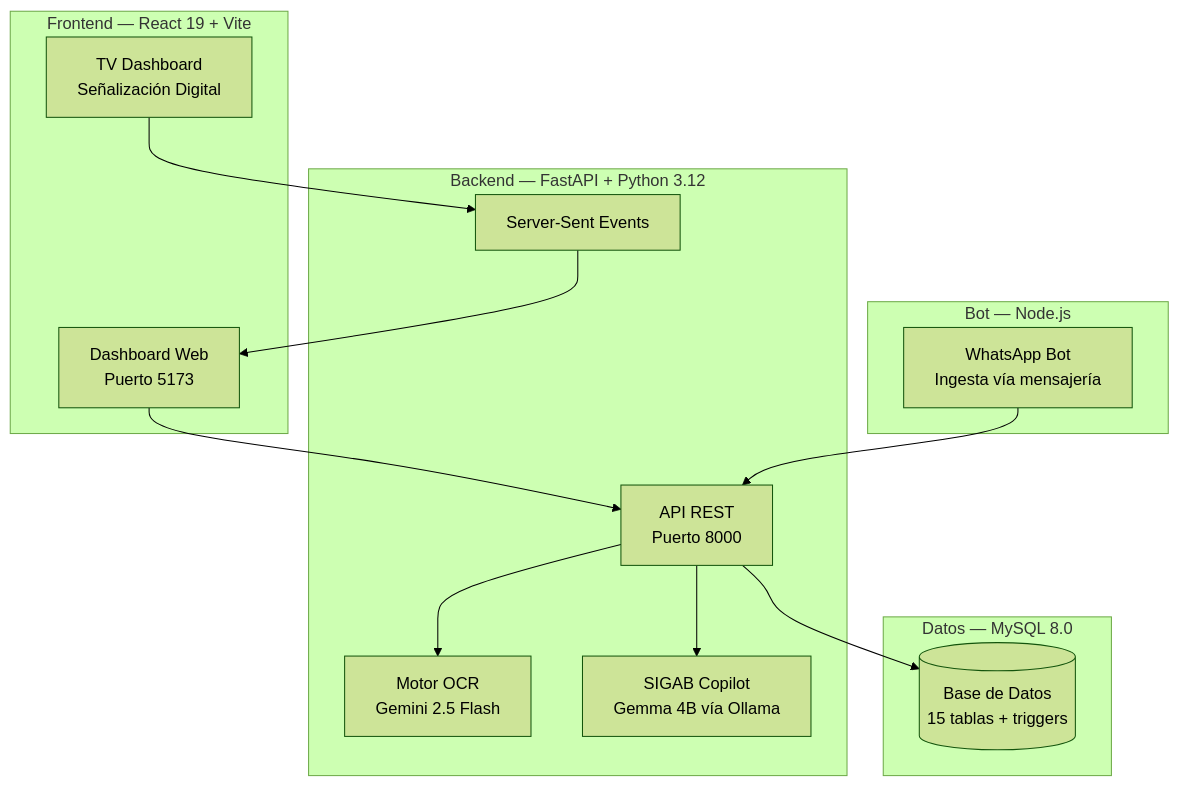
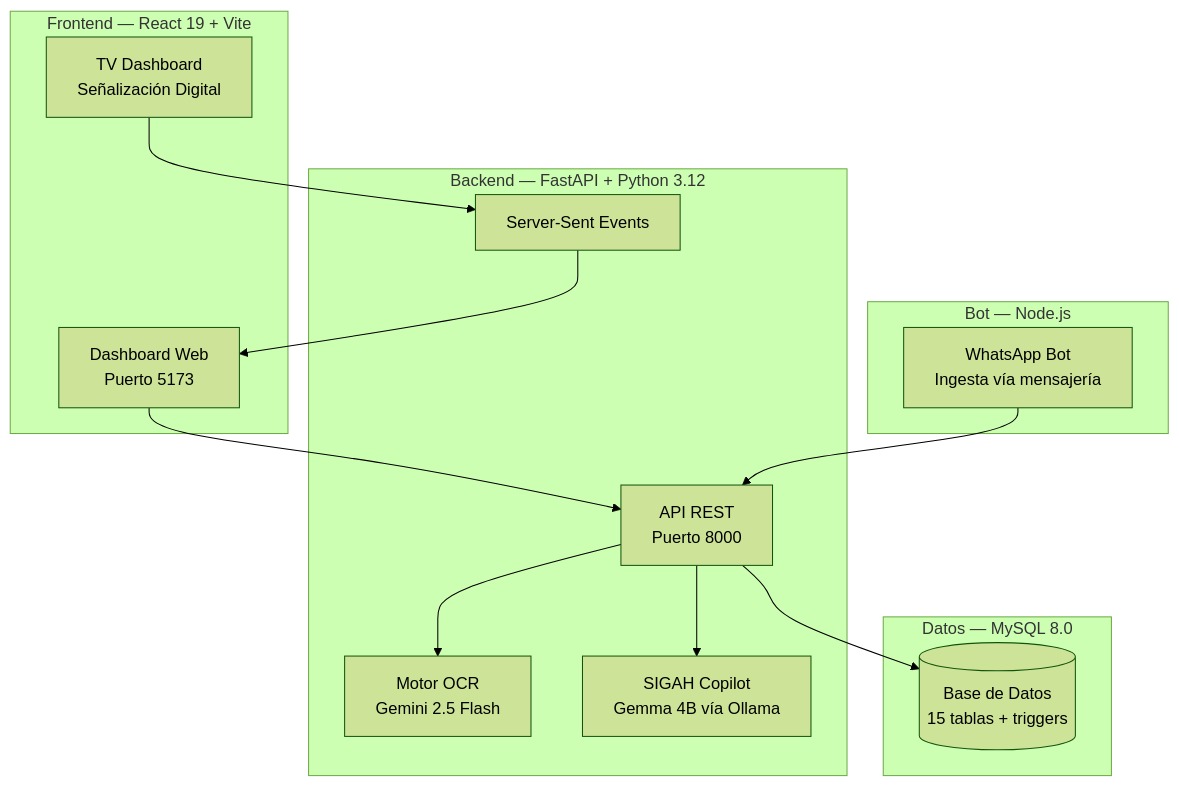
One commit to djpiyama123-droid/SIGAB-Test-2 changed the diagram in README.md. Above: the diagram before and after it, drawn with Mermaid (forest theme). The commit also changed other lines of this file and 144 other files, not shown here.

First line of the commit message:
refactor(rebrand): SIGAB → SIGAH en 162 archivos de contenido

````diff
--- a/README.md
+++ b/README.md
@@ -29,30 +29,30 @@
 ```mermaid
 graph TB
     subgraph "Frontend — React 19 + Vite"
         FE[Dashboard Web<br/>Puerto 5173]
         TV[TV Dashboard<br/>Señalización Digital]
     end
 
     subgraph "Backend — FastAPI + Python 3.12"
         API[API REST<br/>Puerto 8000]
         SSE[Server-Sent Events]
         OCR[Motor OCR<br/>Gemini 2.5 Flash]
-        COP[SIGAB Copilot<br/>Gemma 4B vía Ollama]
+        COP[SIGAH Copilot<br/>Gemma 4B vía Ollama]
     end
 
     subgraph "Datos — MySQL 8.0"
         DB[(Base de Datos<br/>15 tablas + triggers)]
     end
 
     subgraph "Bot — Node.js"
         BOT[WhatsApp Bot<br/>Ingesta vía mensajería]
     end
 
     FE --> API
     TV --> SSE
     BOT --> API
     API --> DB
     API --> OCR
     API --> COP
     SSE --> FE
 ```
````
